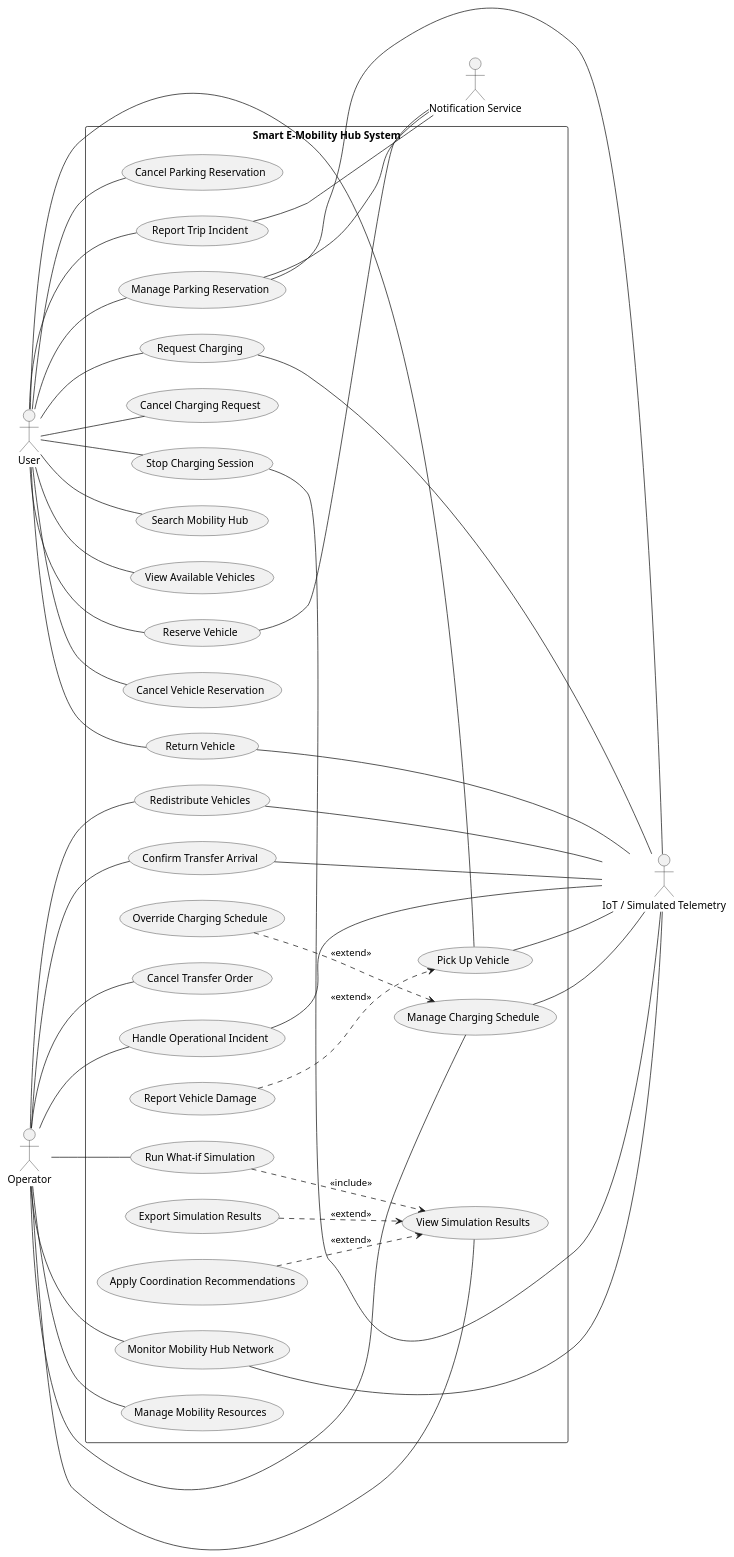
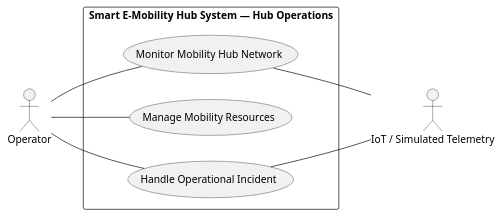
The ninth of 14 diagrams in docs/diagrams/01_Usecase_Diagram/README.md (YdtTran/software-engineerning), drawn with PlantUML before and after one commit. The commit also changed other lines of this file and 72 other files, not shown here.

Commit message:
docs: publish updated Draw.io workflow and overview diagrams

````diff
--- a/docs/diagrams/01_Usecase_Diagram/README.md
+++ b/docs/diagrams/01_Usecase_Diagram/README.md
@@ -217,75 +349,17 @@
 ```plantuml
 @startuml
 left to right direction
-actor "User" as actor_user
 actor "Operator" as actor_operator
 actor "IoT / Simulated Telemetry" as actor_telemetry
-actor "Notification Service" as actor_notification
-rectangle "Smart E-Mobility Hub System" {
-usecase "Search Mobility Hub" as uc_UC01
-usecase "View Available Vehicles" as uc_UC02
-usecase "Reserve Vehicle" as uc_UC03
-usecase "Cancel Vehicle Reservation" as uc_UC03_uc_cancel
-usecase "Pick Up Vehicle" as uc_UC04
-usecase "Report Vehicle Damage" as uc_UC04_uc_ext
-usecase "Return Vehicle" as uc_UC05
-usecase "Report Trip Incident" as uc_UC11A
-usecase "Manage Parking Reservation" as uc_UC06
-usecase "Cancel Parking Reservation" as uc_UC06_uc_cancel
-usecase "Request Charging" as uc_UC07
-usecase "Cancel Charging Request" as uc_UC07_uc_cancel
-usecase "Stop Charging Session" as uc_UC07A
-usecase "Monitor Mobility Hub Network" as uc_UC08
-usecase "Manage Mobility Resources" as uc_UC09
-usecase "Redistribute Vehicles" as uc_UC10
-usecase "Confirm Transfer Arrival" as uc_UC10A
-usecase "Cancel Transfer Order" as uc_UC10B
-usecase "Handle Operational Incident" as uc_UC11
-usecase "Manage Charging Schedule" as uc_UC12
-usecase "Override Charging Schedule" as uc_UC12_uc_ext2
-usecase "Run What-if Simulation" as uc_UC13
-usecase "View Simulation Results" as uc_UC14
-usecase "Export Simulation Results" as uc_UC14_uc_ext1
-usecase "Apply Coordination Recommendations" as uc_UC14_uc_apply
+rectangle "Smart E-Mobility Hub System — Hub Operations" {
+  usecase "Monitor Mobility Hub Network" as uc_UC08
+  usecase "Manage Mobility Resources" as uc_UC09
+  usecase "Handle Operational Incident" as uc_UC11
 }
-actor_user -- uc_UC01
-actor_user -- uc_UC02
-actor_user -- uc_UC03
-actor_user -- uc_UC03_uc_cancel
-actor_user -- uc_UC04
-uc_UC04_uc_ext ..> uc_UC04 : <<extend>>
-actor_user -- uc_UC05
-actor_user -- uc_UC11A
-actor_user -- uc_UC06
-actor_user -- uc_UC06_uc_cancel
-actor_user -- uc_UC07
-actor_user -- uc_UC07_uc_cancel
-actor_user -- uc_UC07A
 actor_operator -- uc_UC08
 actor_operator -- uc_UC09
-actor_operator -- uc_UC10
-actor_operator -- uc_UC10A
-actor_operator -- uc_UC10B
 actor_operator -- uc_UC11
-actor_operator -- uc_UC12
-uc_UC12_uc_ext2 ..> uc_UC12 : <<extend>>
-actor_operator -- uc_UC13
-actor_operator -- uc_UC14
-uc_UC13 ..> uc_UC14 : <<include>>
-uc_UC14_uc_ext1 ..> uc_UC14 : <<extend>>
-uc_UC14_uc_apply ..> uc_UC14 : <<extend>>
-uc_UC04 -- actor_telemetry
-uc_UC05 -- actor_telemetry
-uc_UC07 -- actor_telemetry
-uc_UC07A -- actor_telemetry
 uc_UC08 -- actor_telemetry
-uc_UC10 -- actor_telemetry
-uc_UC10A -- actor_telemetry
 uc_UC11 -- actor_telemetry
-uc_UC12 -- actor_telemetry
-uc_UC03 -- actor_notification
-uc_UC11A -- actor_notification
-uc_UC06 -- actor_telemetry
-uc_UC06 -- actor_notification
 @enduml
 ```
````
